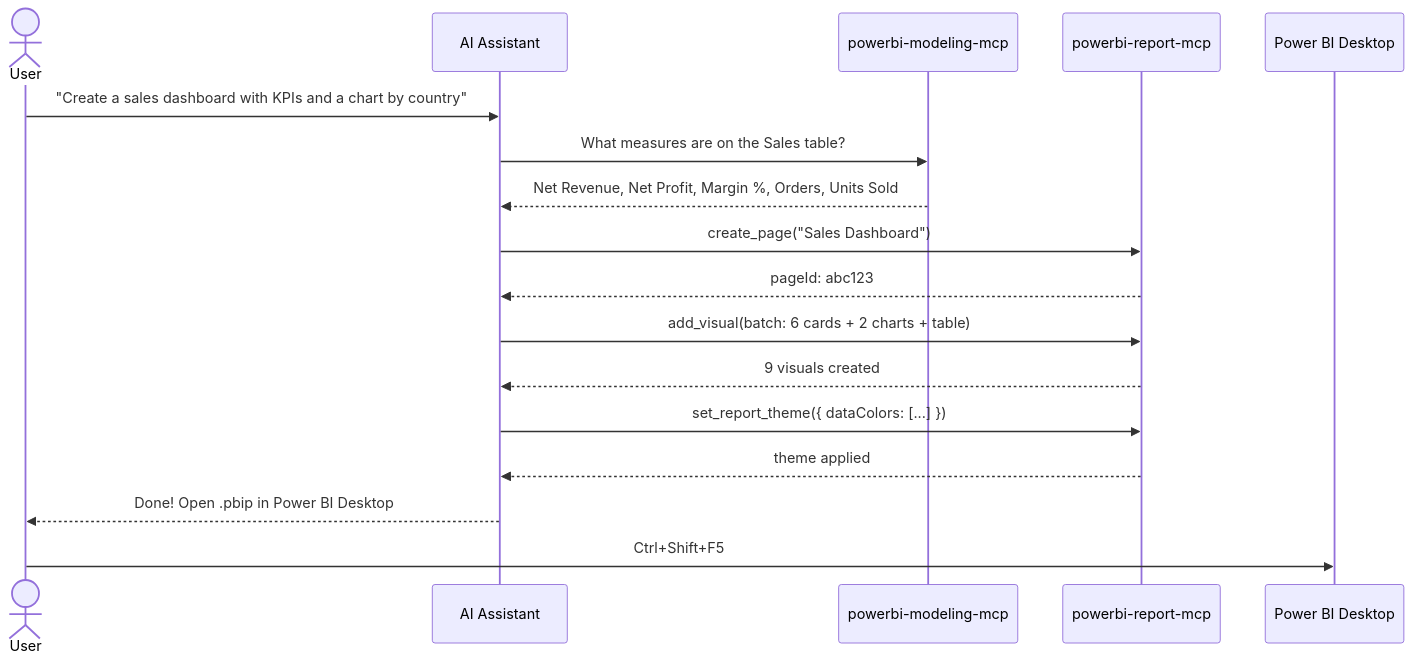
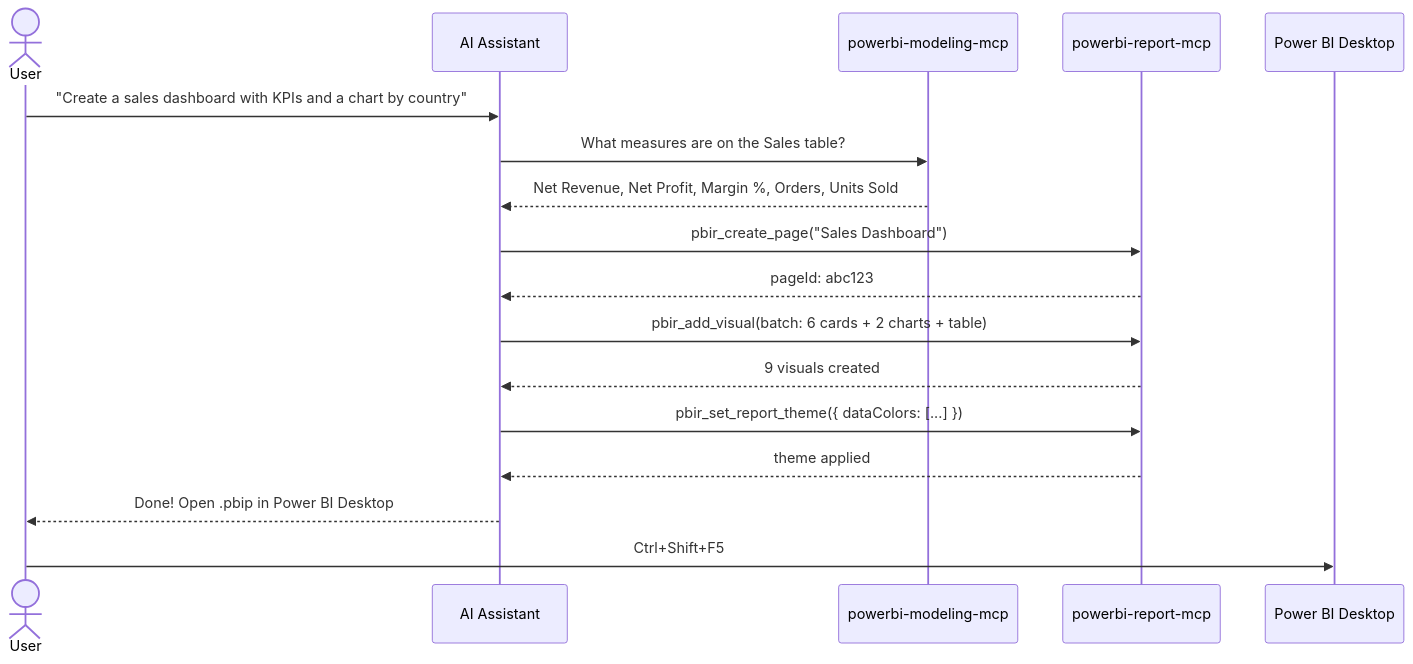
The third of 3 diagrams in README.md (Edgargm87/powerbi-report-mcp), drawn with Mermaid before and after one commit. The commit also changed other lines of this file and 88 other files, not shown here.

````diff
--- a/README.md
+++ b/README.md
@@ -534,20 +534,20 @@
 ```mermaid
 sequenceDiagram
     actor User
     participant AI as AI Assistant
     participant Model as powerbi-modeling-mcp
     participant Report as powerbi-report-mcp
     participant PBI as Power BI Desktop
 
     User->>AI: "Create a sales dashboard with KPIs and a chart by country"
     AI->>Model: What measures are on the Sales table?
     Model-->>AI: Net Revenue, Net Profit, Margin %, Orders, Units Sold
-    AI->>Report: create_page("Sales Dashboard")
+    AI->>Report: pbir_create_page("Sales Dashboard")
     Report-->>AI: pageId: abc123
-    AI->>Report: add_visual(batch: 6 cards + 2 charts + table)
+    AI->>Report: pbir_add_visual(batch: 6 cards + 2 charts + table)
     Report-->>AI: 9 visuals created
-    AI->>Report: set_report_theme({ dataColors: [...] })
+    AI->>Report: pbir_set_report_theme({ dataColors: [...] })
     Report-->>AI: theme applied
     AI-->>User: Done! Open .pbip in Power BI Desktop
     User->>PBI: Ctrl+Shift+F5
 ```
````
